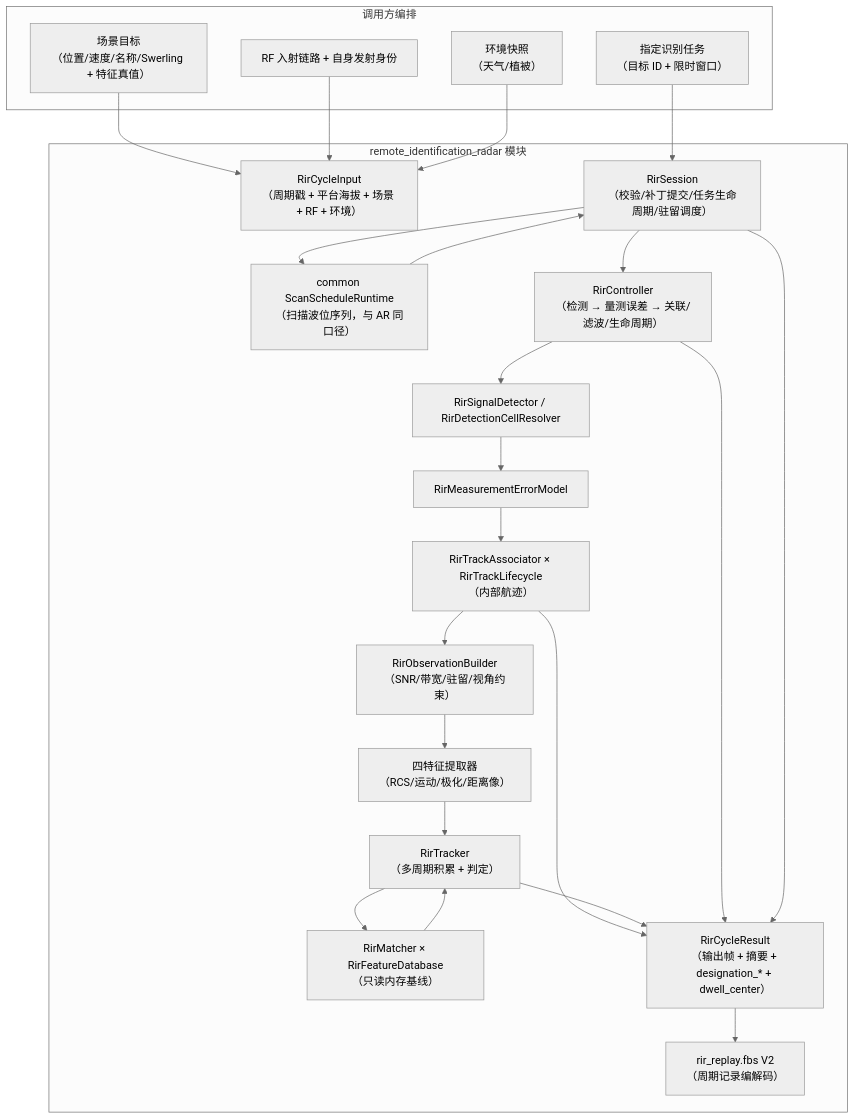
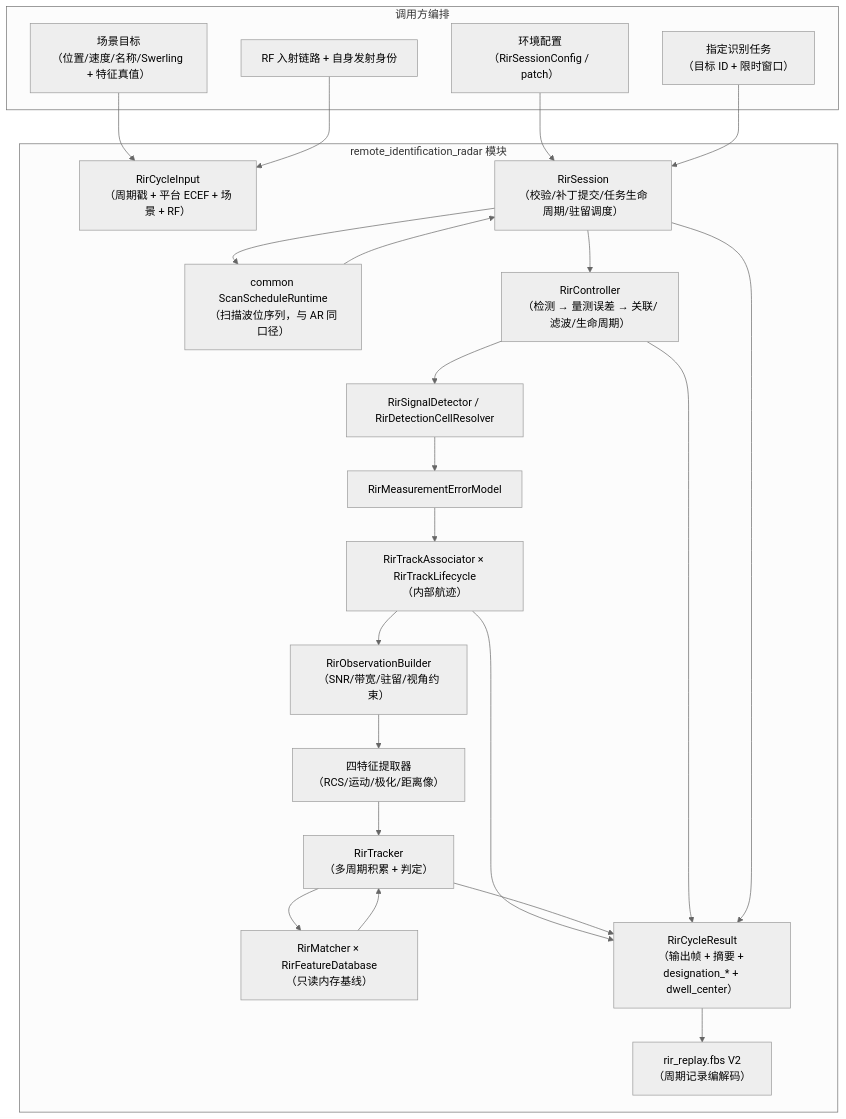
One commit to boilwater-3/1q changed the diagram in docs/remote_identification_radar/data-flow.md. Above: the diagram before and after it, drawn with Mermaid (neutral theme). The commit also changed other lines of this file and 24 other files, not shown here.

First line of the commit message:
refactor(rir): move environment to session config and slim cycle input

````diff
--- a/docs/remote_identification_radar/data-flow.md
+++ b/docs/remote_identification_radar/data-flow.md
@@ -12,46 +12,46 @@
 ```mermaid
 flowchart TB
   subgraph Caller["调用方编排"]
     Scene["场景目标\n（位置/速度/名称/Swerling + 特征真值）"]
     Rf["RF 入射链路 + 自身发射身份"]
-    Env["环境快照\n（天气/植被）"]
+    Env["环境配置\n（RirSessionConfig / patch）"]
     Task["指定识别任务\n（目标 ID + 限时窗口）"]
   end
 
   subgraph Rir["remote_identification_radar 模块"]
-    Input["RirCycleInput\n（周期戳 + 平台海拔 + 场景 + RF + 环境）"]
+    Input["RirCycleInput\n（周期戳 + 平台 ECEF + 场景 + RF）"]
     Session["RirSession\n（校验/补丁提交/任务生命周期/驻留调度）"]
     ScanKernel["common ScanScheduleRuntime\n（扫描波位序列，与 AR 同口径）"]
     Controller["RirController\n（检测 → 量测误差 → 关联/滤波/生命周期）"]
     Detector["RirSignalDetector / RirDetectionCellResolver"]
     Measurement["RirMeasurementErrorModel"]
     Track["RirTrackAssociator × RirTrackLifecycle\n（内部航迹）"]
     Builder["RirObservationBuilder\n（SNR/带宽/驻留/视角约束）"]
     Extract["四特征提取器\n（RCS/运动/极化/距离像）"]
     Tracker["RirTracker\n（多周期积累 + 判定）"]
     Matcher["RirMatcher × RirFeatureDatabase\n（只读内存基线）"]
     Result["RirCycleResult\n（输出帧 + 摘要 + designation_* + dwell_center）"]
     Replay["rir_replay.fbs V2\n（周期记录编解码）"]
   end
 
   Scene --> Input
   Rf --> Input
-  Env --> Input
+  Env --> Session
   Task --> Session
   Session --> ScanKernel
   ScanKernel --> Session
   Session --> Controller
   Controller --> Detector
   Detector --> Measurement
   Measurement --> Track
   Track --> Builder
   Builder --> Extract
   Extract --> Tracker
   Tracker --> Matcher
   Matcher --> Tracker
   Track --> Result
   Tracker --> Result
   Controller --> Result
   Session --> Result
   Result --> Replay
 ```
````
